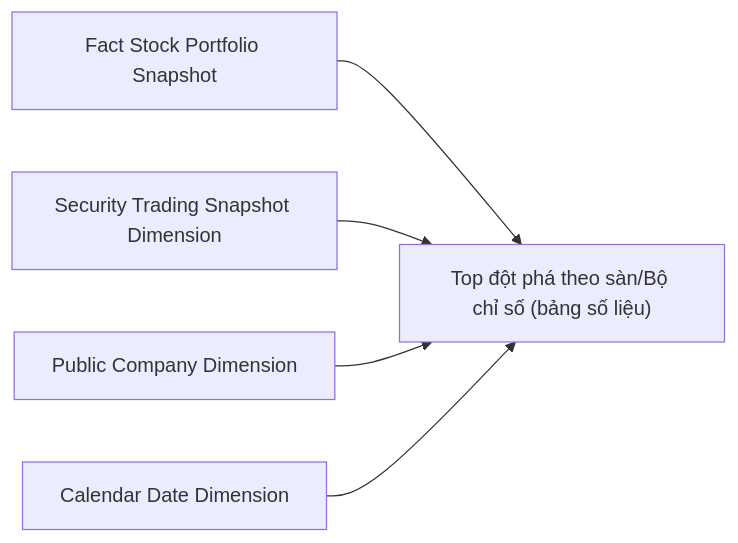
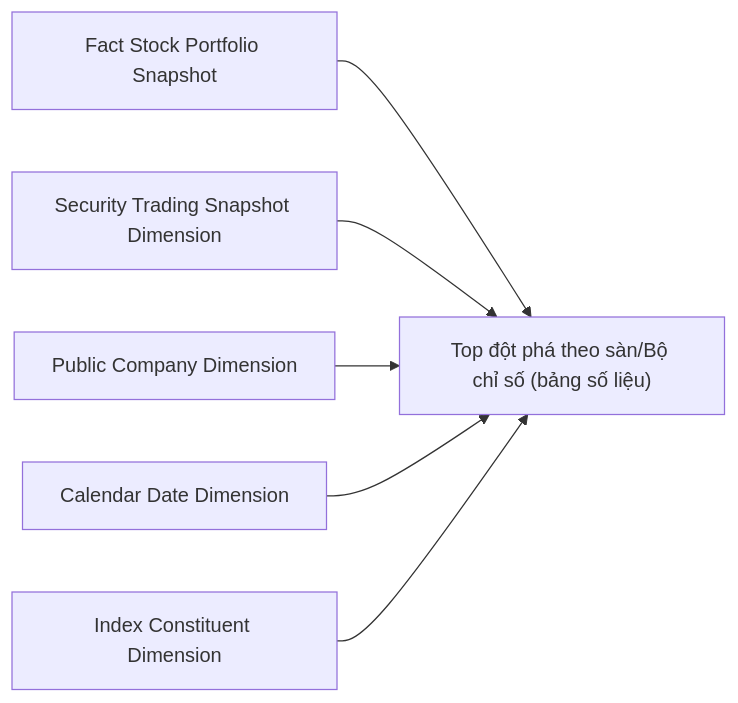
Diagram 19 of 57 in Datamart/hld/DTM_GSTT_HLD.md (linhlvit/ubck_atomic_design), drawn with Mermaid before and after one commit. The commit also changed other lines of this file and 21 other files, not shown here.

````diff
--- a/Datamart/hld/DTM_GSTT_HLD.md
+++ b/Datamart/hld/DTM_GSTT_HLD.md
@@ -939,7 +973,8 @@
 ```mermaid
 flowchart LR
     F1["Fact Stock Portfolio Snapshot"] --> RPT13["Top đột phá theo sàn/Bộ chỉ số (bảng số liệu)"]
     D1["Security Trading Snapshot Dimension"] --> RPT13
     D2["Public Company Dimension"] --> RPT13
     D3["Calendar Date Dimension"] --> RPT13
+    D4["Index Constituent Dimension"] --> RPT13
 ```
````
